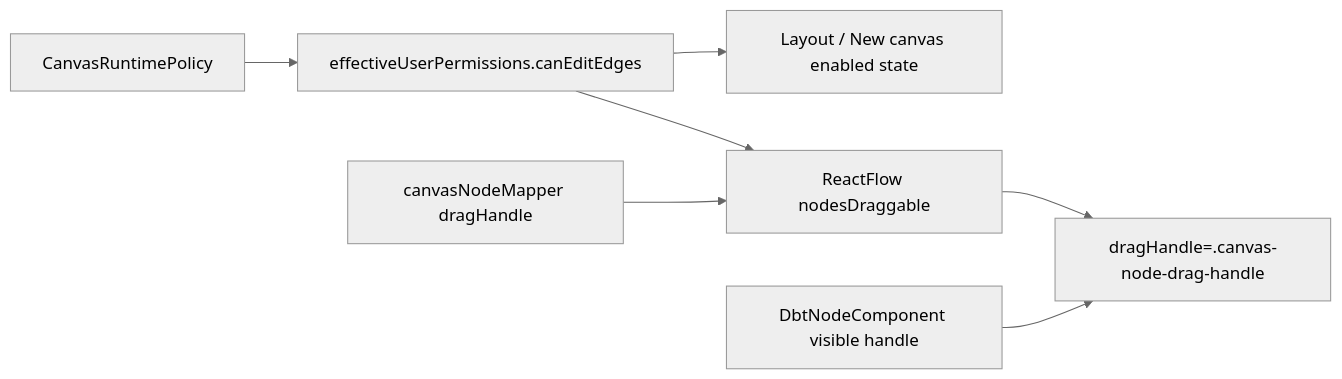
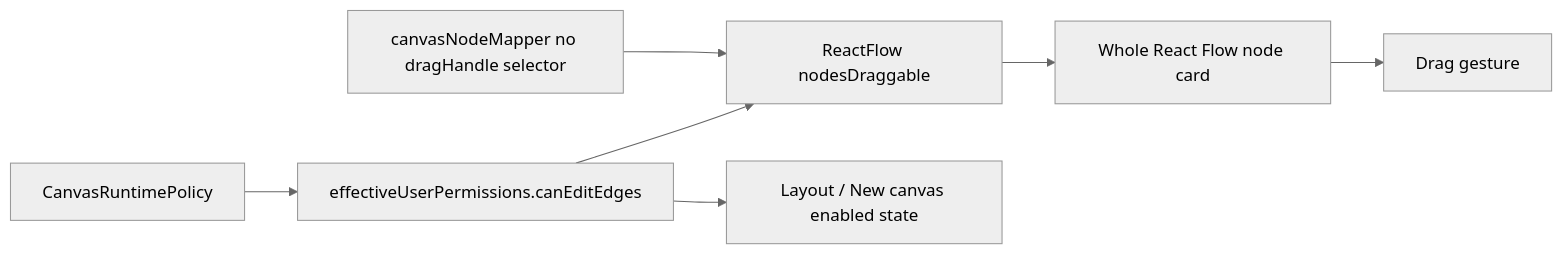
One commit to dunay2/dvt changed the sixth of 10 diagrams in docs/architecture/components/web/graph/graph-frontend-architecture.md. Above: the diagram before and after it, drawn with Mermaid (neutral theme). The commit also changed other lines of this file and 50 other files, not shown here.

Commit message:
feat(web): Improve Canvas node dragging and grid controls

````diff
--- a/docs/architecture/components/web/graph/graph-frontend-architecture.md
+++ b/docs/architecture/components/web/graph/graph-frontend-architecture.md
@@ -358,9 +366,9 @@
 ```mermaid
 flowchart LR
   Policy["CanvasRuntimePolicy"] --> Effective["effectiveUserPermissions.canEditEdges"]
   Effective --> Viewport["ReactFlow nodesDraggable"]
   Effective --> Toolbar["Layout / New canvas enabled state"]
-  Mapper["canvasNodeMapper dragHandle"] --> Viewport
-  Viewport --> DragHandle["dragHandle=.canvas-node-drag-handle"]
-  Node["DbtNodeComponent visible handle"] --> DragHandle
+  Mapper["canvasNodeMapper no dragHandle selector"] --> Viewport
+  Viewport --> Node["Whole React Flow node card"]
+  Node --> Gesture["Drag gesture"]
 ```
````
